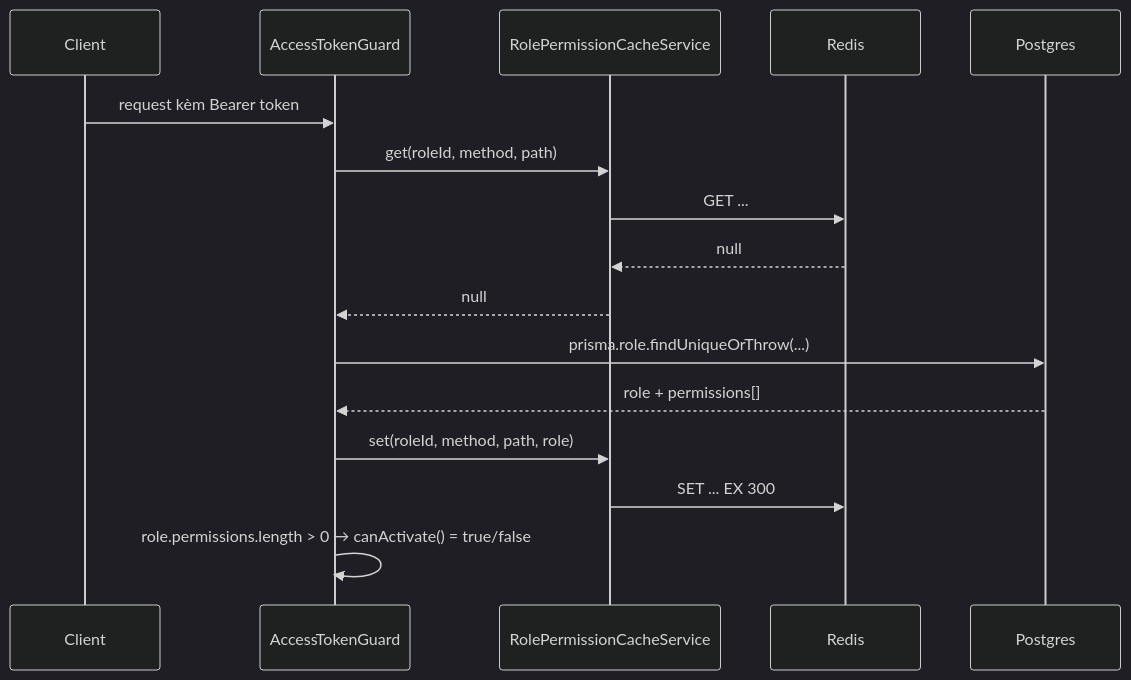
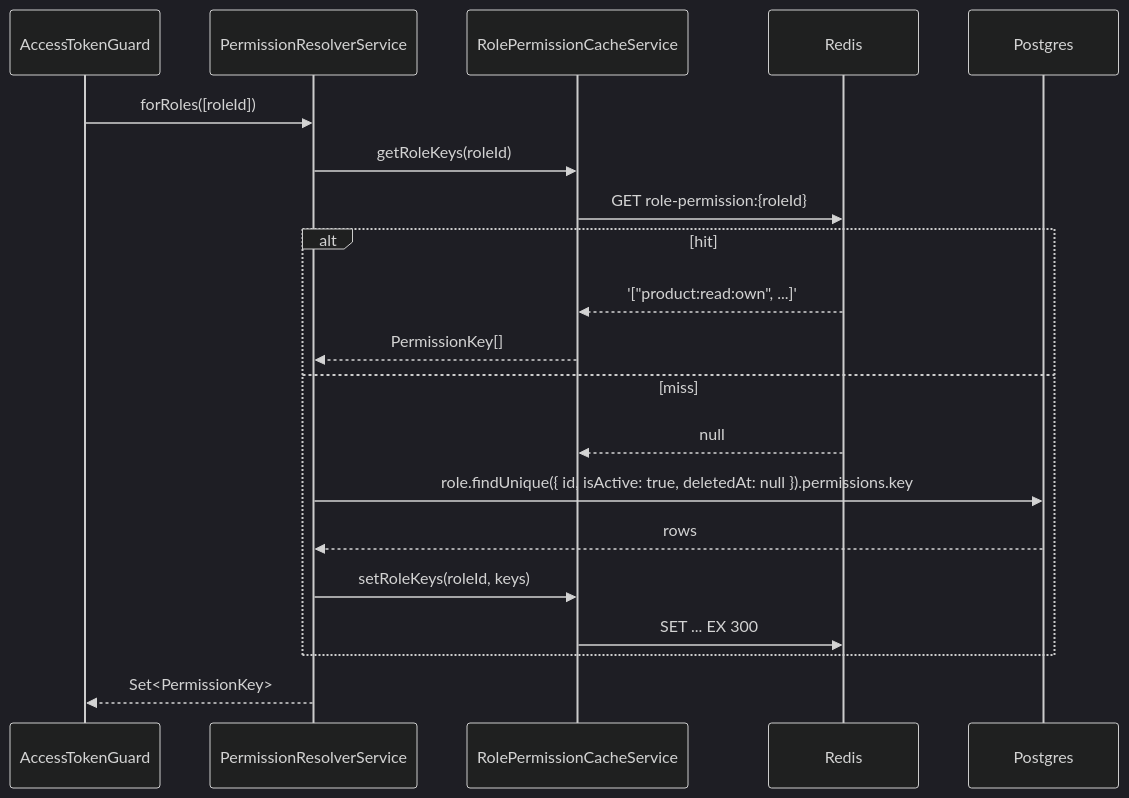
One commit to dangxuanthangqt/ecom changed the second of 3 diagrams in docs/redis-role-permission-cache.md. Above: the diagram before and after it, drawn with Mermaid (dark theme). The commit also changed other lines of this file and 11 other files, not shown here.

First line of the commit message:
docs: reconcile the documentation set with the permission refactor

````diff
--- a/docs/redis-role-permission-cache.md
+++ b/docs/redis-role-permission-cache.md
@@ -103,19 +89,23 @@
 ```mermaid
 sequenceDiagram
-    participant Client
     participant Guard as AccessTokenGuard
+    participant R as PermissionResolverService
     participant Cache as RolePermissionCacheService
     participant Redis
     participant DB as Postgres
 
-    Client->>Guard: request kèm Bearer token
-    Guard->>Cache: get(roleId, method, path)
-    Cache->>Redis: GET ...
-    Redis-->>Cache: null
-    Cache-->>Guard: null
-    Guard->>DB: prisma.role.findUniqueOrThrow(...)
-    DB-->>Guard: role + permissions[]
-    Guard->>Cache: set(roleId, method, path, role)
-    Cache->>Redis: SET ... EX 300
-    Guard->>Guard: role.permissions.length > 0 → canActivate() = true/false
+    Guard->>R: forRoles([roleId])
+    R->>Cache: getRoleKeys(roleId)
+    Cache->>Redis: GET role-permission:{roleId}
+    alt hit
+        Redis-->>Cache: '["product:read:own", ...]'
+        Cache-->>R: PermissionKey[]
+    else miss
+        Redis-->>Cache: null
+        R->>DB: role.findUnique({ id, isActive: true, deletedAt: null }).permissions.key
+        DB-->>R: rows
+        R->>Cache: setRoleKeys(roleId, keys)
+        Cache->>Redis: SET ... EX 300
+    end
+    R-->>Guard: Set<PermissionKey>
 ```
````
